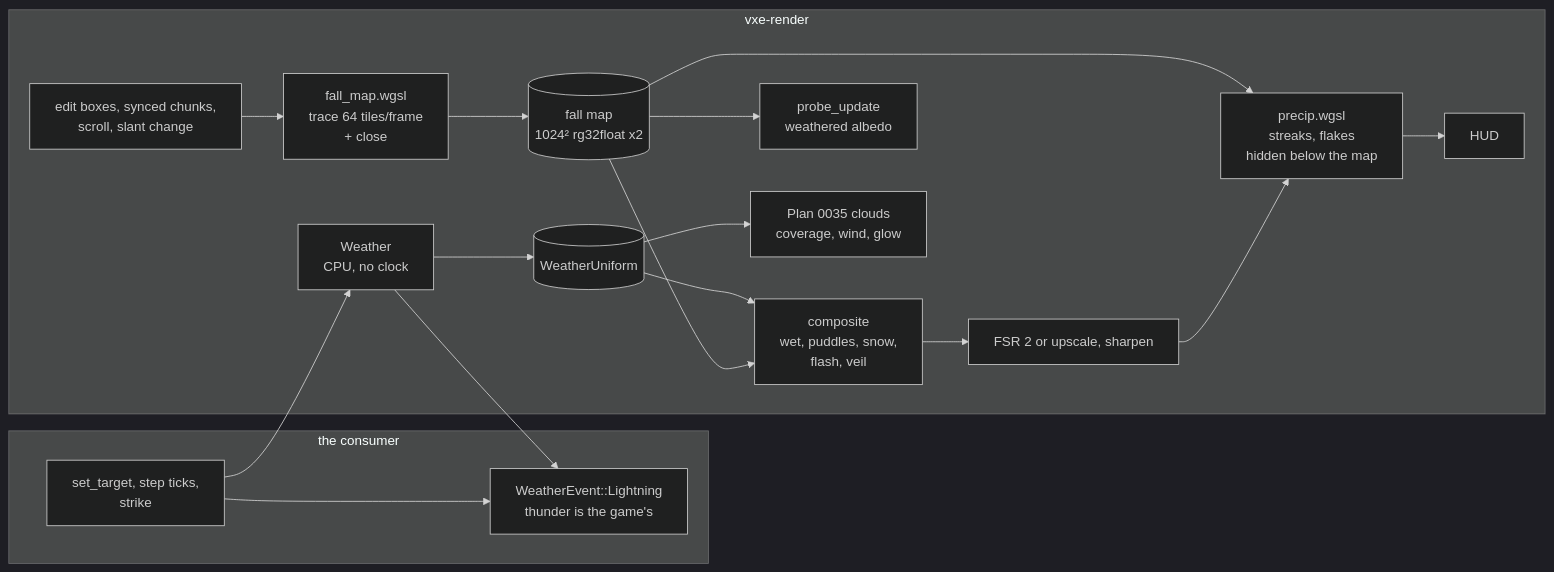
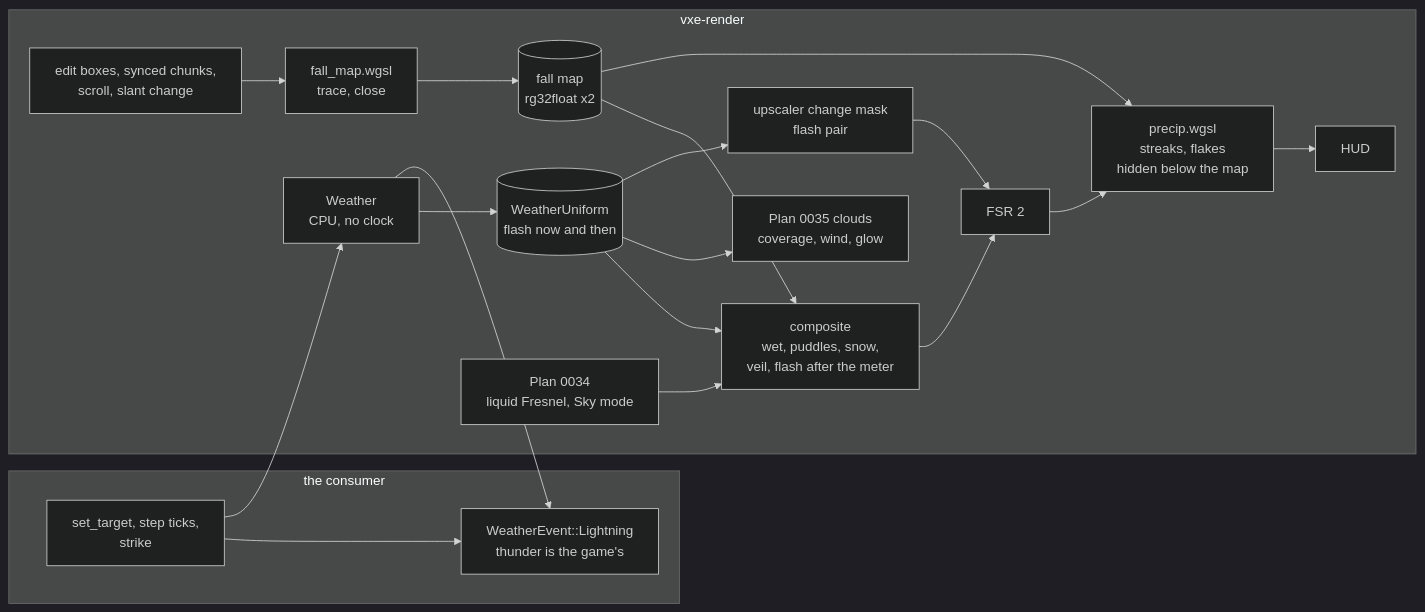
The diagram in docs/plans/0036-weather-rain-snow-wind-wet-surfaces-snow-cover-lightning.md (IgorKonovalov/voxel-engine), drawn with Mermaid (dark theme) before and after one commit. The commit also changed other lines of this file and 12 other files, not shown here.

````diff
--- a/docs/plans/0036-weather-rain-snow-wind-wet-surfaces-snow-cover-lightning.md
+++ b/docs/plans/0036-weather-rain-snow-wind-wet-surfaces-snow-cover-lightning.md
@@ -115,19 +129,21 @@
 ```mermaid
 flowchart LR
     subgraph game [the consumer]
         G[set_target, step ticks,\nstrike] --> EV[WeatherEvent::Lightning\nthunder is the game's]
     end
     subgraph render [vxe-render]
-        W[Weather\nCPU, no clock] --> U[(WeatherUniform)]
-        ED[edit boxes, synced chunks,\nscroll, slant change] --> FM[fall_map.wgsl\ntrace 64 tiles/frame\n+ close]
-        FM --> MAP[(fall map\n1024² rg32float x2)]
-        MAP --> CO[composite\nwet, puddles, snow,\nflash, veil]
-        MAP --> PU[probe_update\nweathered albedo]
+        W[Weather\nCPU, no clock] --> U[(WeatherUniform\nflash now and then)]
+        ED[edit boxes, synced chunks,\nscroll, slant change] --> FM[fall_map.wgsl\ntrace, close]
+        FM --> MAP[(fall map\nrg32float x2)]
+        MAP --> CO[composite\nwet, puddles, snow,\nveil, flash after the meter]
+        LQ[Plan 0034\nliquid Fresnel, Sky mode] --> CO
         U --> CO
         U --> CL[Plan 0035 clouds\ncoverage, wind, glow]
-        CO --> UP[FSR 2 or upscale, sharpen] --> PR[precip.wgsl\nstreaks, flakes\nhidden below the map] --> HUD[HUD]
+        U --> UPM[upscaler change mask\nflash pair]
+        CO --> UP[FSR 2] --> PR[precip.wgsl\nstreaks, flakes\nhidden below the map] --> HUD[HUD]
+        UPM --> UP
         MAP --> PR
     end
     G --> W
     W --> EV
 ```
````
